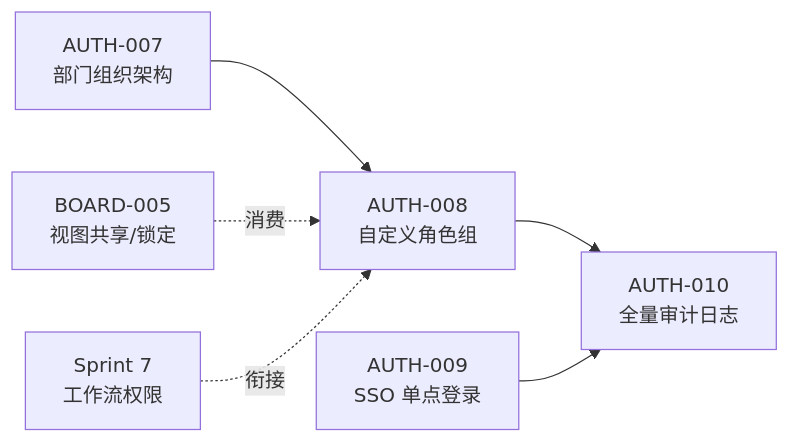
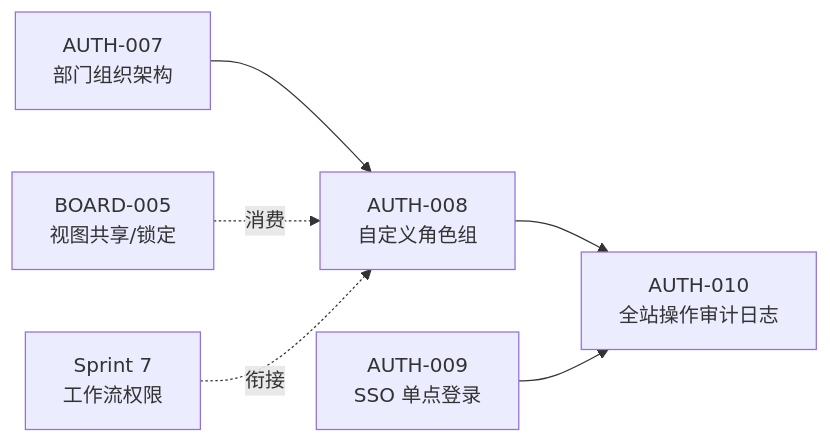
One commit to RabbitAI-Lab/RabbitProjects changed the first of 2 diagrams in docs/sprint-8-enterprise-org/sprint-overview.md. Above: the diagram before and after it, drawn with Mermaid. The commit also changed other lines of this file and 13 other files, not shown here.

````diff
--- a/docs/sprint-8-enterprise-org/sprint-overview.md
+++ b/docs/sprint-8-enterprise-org/sprint-overview.md
@@ -20,8 +20,8 @@
 ```mermaid
 flowchart LR
     A["AUTH-007<br/>部门组织架构"] --> B["AUTH-008<br/>自定义角色组"]
-    B --> C["AUTH-010<br/>全量审计日志"]
+    B --> C["AUTH-010<br/>全站操作审计日志"]
     D["AUTH-009<br/>SSO 单点登录"] --> C
     E["BOARD-005<br/>视图共享/锁定"] -.消费.-> B
     S7["Sprint 7<br/>工作流权限"] -.衔接.-> B
 ```
````
